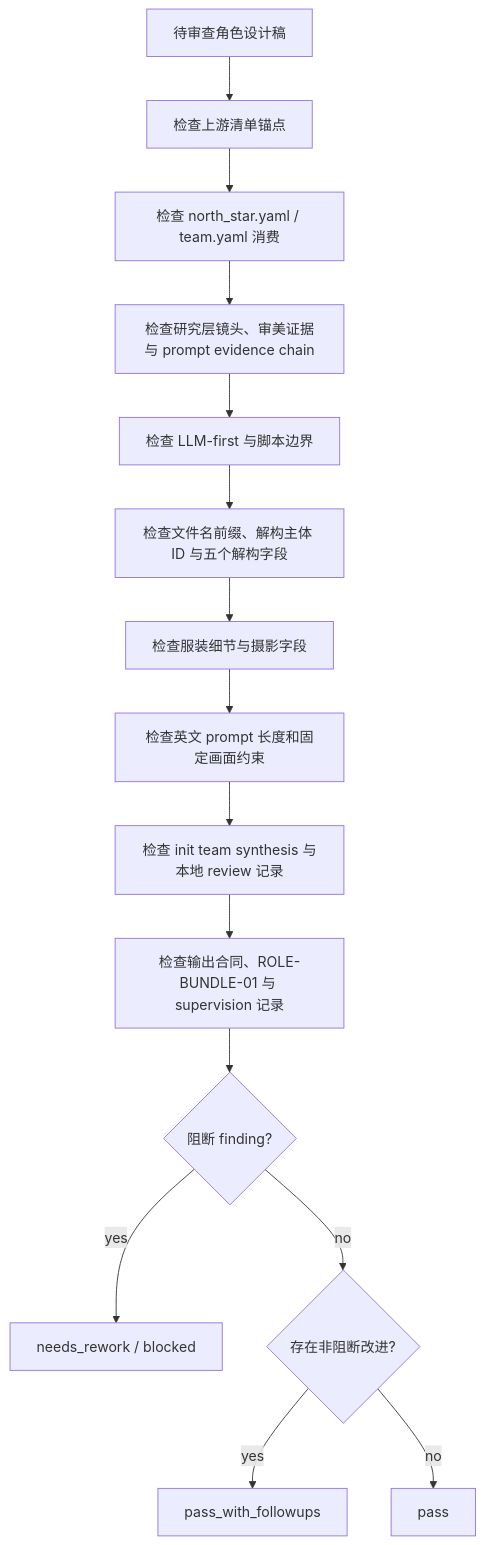
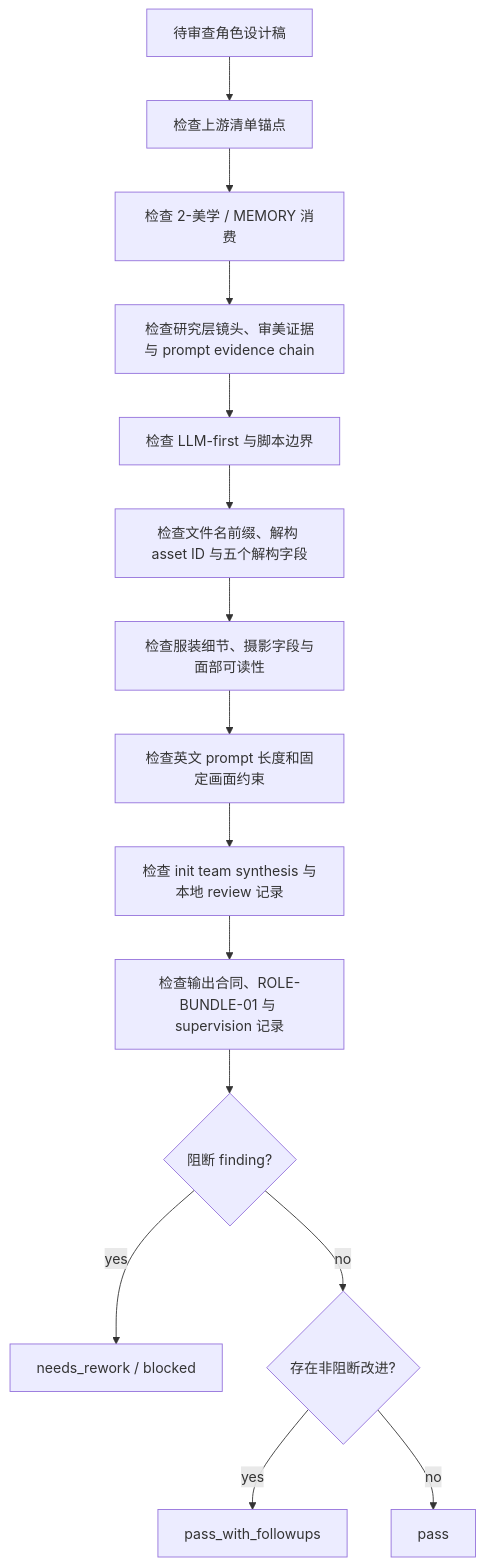
The diagram in .agents/skills/aigc/3-主体/角色/2-设计/review/review-contract.md (ZEN-VOID/AI-CUT), drawn with Mermaid before and after one commit. The commit also changed other lines of this file and 439 other files, not shown here.

````diff
--- a/.agents/skills/aigc/3-主体/角色/2-设计/review/review-contract.md
+++ b/.agents/skills/aigc/3-主体/角色/2-设计/review/review-contract.md
@@ -100,17 +109,17 @@
 ```mermaid
 flowchart TD
     A["待审查角色设计稿"] --> B["检查上游清单锚点"]
-    B --> C["检查 north_star.yaml / team.yaml 消费"]
+    B --> C["检查 2-美学 / MEMORY 消费"]
     C --> R["检查研究层镜头、审美证据与 prompt evidence chain"]
     R --> D["检查 LLM-first 与脚本边界"]
-    D --> E["检查文件名前缀、解构主体 ID 与五个解构字段"]
-    E --> F["检查服装细节与摄影字段"]
+    D --> E["检查文件名前缀、解构 asset ID 与五个解构字段"]
+    E --> F["检查服装细节、摄影字段与面部可读性"]
     F --> G["检查英文 prompt 长度和固定画面约束"]
     G --> H["检查 init team synthesis 与本地 review 记录"]
     H --> H1["检查输出合同、ROLE-BUNDLE-01 与 supervision 记录"]
     H1 --> I{"阻断 finding?"}
     I -->|"yes"| J["needs_rework / blocked"]
     I -->|"no"| K{"存在非阻断改进?"}
     K -->|"yes"| L["pass_with_followups"]
     K -->|"no"| M["pass"]
 ```
````
